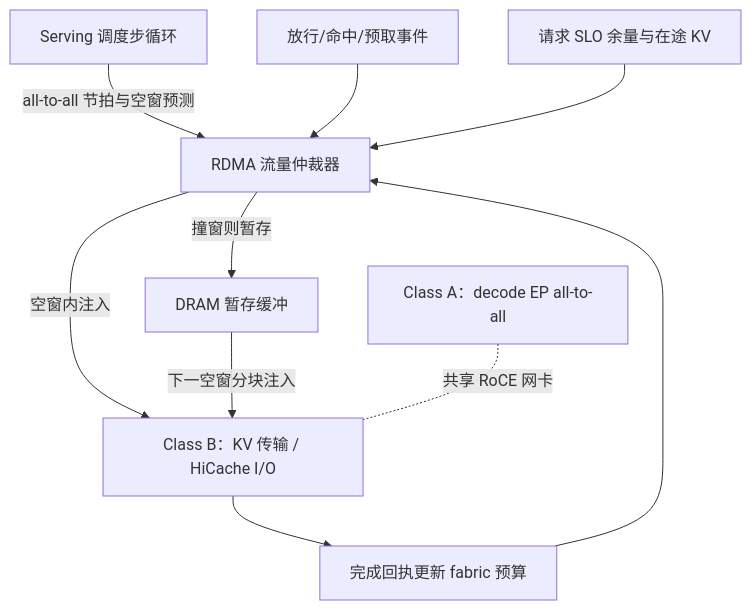
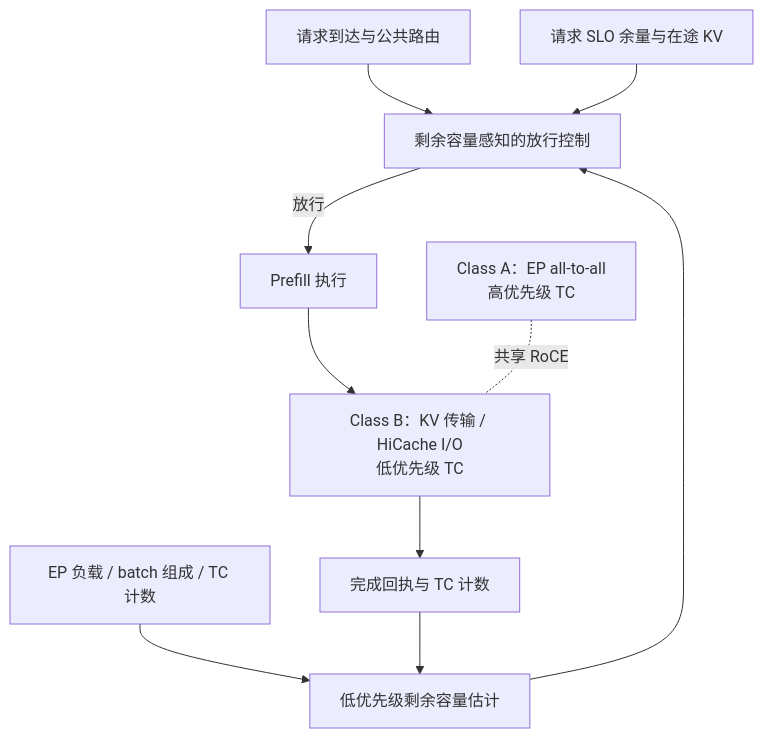
One commit to zksainx/runtime-inference-autotuning-research changed the diagram in 06_研究方案_PD分离下EP通信与KV传输的RDMA协同.md. Above: the diagram before and after it, drawn with Mermaid. The commit also changed other lines of this file and 5 other files, not shown here.

````diff
--- a/06_研究方案_PD分离下EP通信与KV传输的RDMA协同.md
+++ b/06_研究方案_PD分离下EP通信与KV传输的RDMA协同.md
@@ -96,12 +80,12 @@
 ```mermaid
 flowchart TD
-    SCH[Serving 调度步循环] -->|all-to-all 节拍与空窗预测| ARB[RDMA 流量仲裁器]
-    REL[放行/命中/预取事件] --> ARB
-    SLO[请求 SLO 余量与在途 KV] --> ARB
-    ARB -->|空窗内注入| B[Class B：KV 传输 / HiCache I/O]
-    ARB -->|撞窗则暂存| STG[DRAM 暂存缓冲]
-    STG -->|下一空窗分块注入| B
-    A[Class A：decode EP all-to-all] -.共享 RoCE 网卡.- B
-    B --> EV[完成回执更新 fabric 预算]
-    EV --> ARB
+    REQ[请求到达与公共路由] --> CTRL[剩余容量感知的放行控制]
+    LOAD[EP 负载 / batch 组成 / TC 计数] --> EST[低优先级剩余容量估计]
+    EST --> CTRL
+    SLO[请求 SLO 余量与在途 KV] --> CTRL
+    CTRL -->|放行| P[Prefill 执行]
+    P --> KV[Class B：KV 传输 / HiCache I/O<br/>低优先级 TC]
+    A[Class A：EP all-to-all<br/>高优先级 TC] -.共享 RoCE.- KV
+    KV --> EV[完成回执与 TC 计数]
+    EV --> EST
 ```
````
